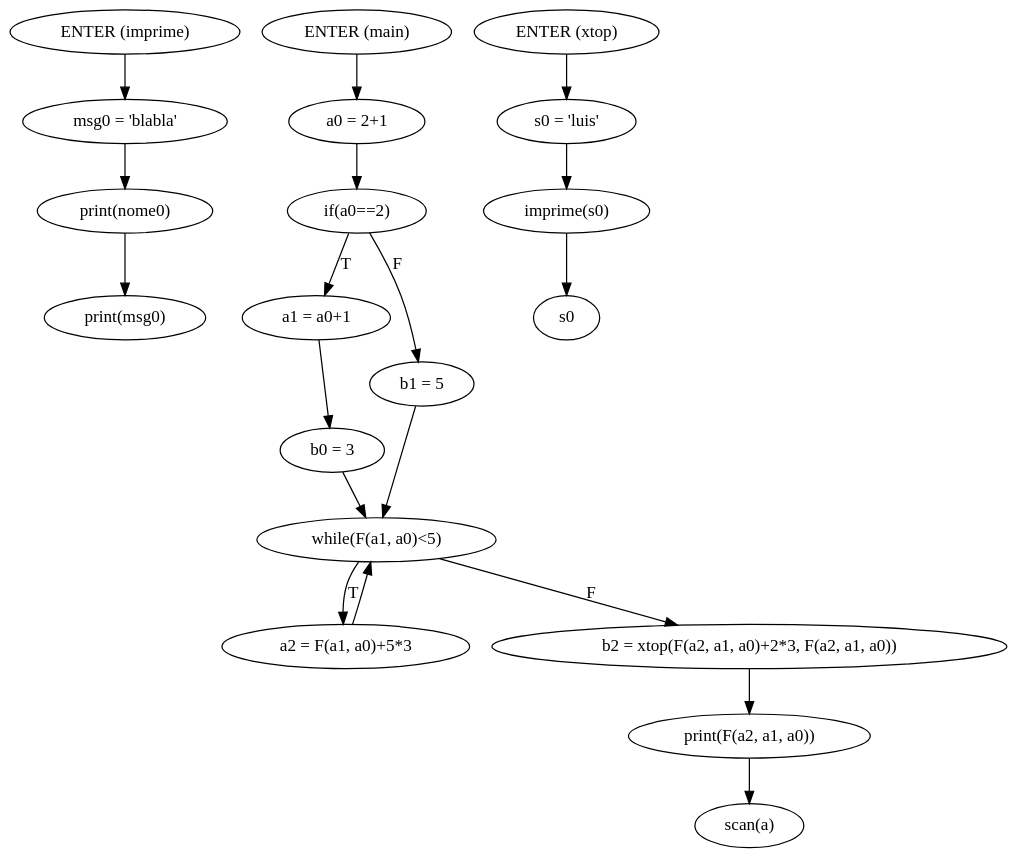
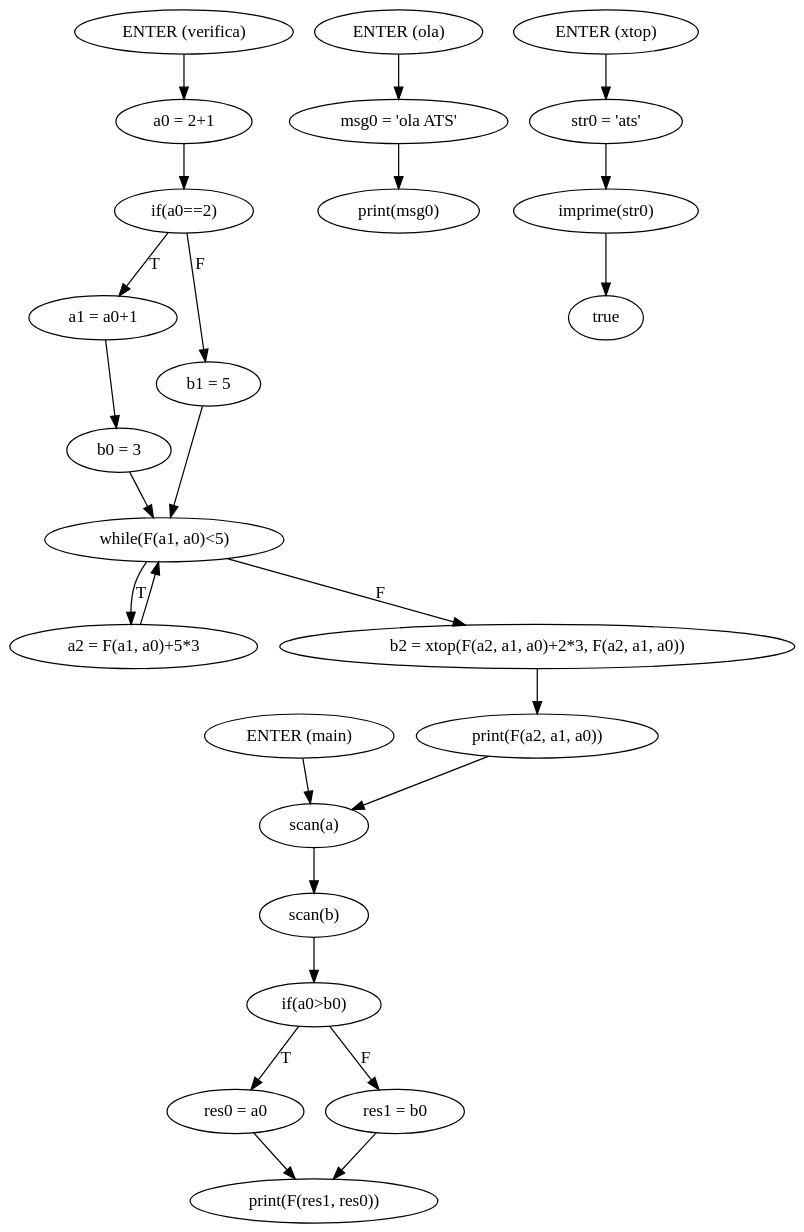
Before and after one commit to MiguelCosta/ATS: the diagram in Final/lingi/WebSite/Gramatica/output/ssa.gv, drawn with Graphviz. The commit also changed 120 other files, not shown here.

```diff
--- a/Final/lingi/WebSite/Gramatica/output/ssa.gv
+++ b/Final/lingi/WebSite/Gramatica/output/ssa.gv
@@ -1,40 +1,52 @@
 digraph mainmapSSA {
 graph [bgcolor=transparent];
-"ENTER (imprime)"[label="ENTER (imprime)"];
-"msg = 'blabla'"[label="msg0 = 'blabla'"];
-"print(nome)"[label="print(nome0)"];
+"ENTER (main)"[label="ENTER (main)"];
+"scan(a)"[label="scan(a)"];
+"scan(b)"[label="scan(b)"];
+"if(a>b)"[label="if(a0>b0)"];
+"res = a"[label="res0 = a0"];
+"res = b"[label="res1 = b0"];
+"print(res)"[label="print(F(res1, res0))"];
+"ENTER (main)" -> "scan(a)";
+	"scan(a)" -> "scan(b)";
+	"scan(b)" -> "if(a>b)";
+	"if(a>b)" -> "res = a"[label="T"];
+	"if(a>b)" -> "res = b"[label="F"];
+	"res = a" -> "print(res)";
+	"res = b" -> "print(res)";
+	"ENTER (ola)"[label="ENTER (ola)"];
+"msg = 'ola ATS'"[label="msg0 = 'ola ATS'"];
 "print(msg)"[label="print(msg0)"];
-"ENTER (imprime)" -> "msg = 'blabla'";
-	"msg = 'blabla'" -> "print(nome)";
-	"print(nome)" -> "print(msg)";
-	"ENTER (main)"[label="ENTER (main)"];
+"ENTER (ola)" -> "msg = 'ola ATS'";
+	"msg = 'ola ATS'" -> "print(msg)";
+	"ENTER (verifica)"[label="ENTER (verifica)"];
 "a = 2+1"[label="a0 = 2+1"];
 "if(a==2)"[label="if(a0==2)"];
 "a = a+1"[label="a1 = a0+1"];
 "b = 3"[label="b0 = 3"];
 "b = 5"[label="b1 = 5"];
 "while(a<5)"[label="while(F(a1, a0)<5)"];
 "a = a+5*3"[label="a2 = F(a1, a0)+5*3"];
 "b = xtop(a+2*3, a)"[label="b2 = xtop(F(a2, a1, a0)+2*3, F(a2, a1, a0))"];
 "print(a)"[label="print(F(a2, a1, a0))"];
 "scan(a)"[label="scan(a)"];
-"ENTER (main)" -> "a = 2+1";
+"ENTER (verifica)" -> "a = 2+1";
 	"a = 2+1" -> "if(a==2)";
 	"if(a==2)" -> "a = a+1"[label="T"];
 	"if(a==2)" -> "b = 5"[label="F"];
 	"a = a+1" -> "b = 3";
 	"b = 3" -> "while(a<5)";
 	"b = 5" -> "while(a<5)";
 	"while(a<5)" -> "a = a+5*3"[label="T"];
 	"while(a<5)" -> "b = xtop(a+2*3, a)"[label="F"];
 	"a = a+5*3" -> "while(a<5)";
 	"b = xtop(a+2*3, a)" -> "print(a)";
 	"print(a)" -> "scan(a)";
 	"ENTER (xtop)"[label="ENTER (xtop)"];
-"s = 'luis'"[label="s0 = 'luis'"];
-"imprime(s)"[label="imprime(s0)"];
-"return s"[label="s0"];
-"ENTER (xtop)" -> "s = 'luis'";
-	"s = 'luis'" -> "imprime(s)";
-	"imprime(s)" -> "return s";
+"str = 'ats'"[label="str0 = 'ats'"];
+"imprime(str)"[label="imprime(str0)"];
+"return true"[label="true"];
+"ENTER (xtop)" -> "str = 'ats'";
+	"str = 'ats'" -> "imprime(str)";
+	"imprime(str)" -> "return true";
 	}
```
